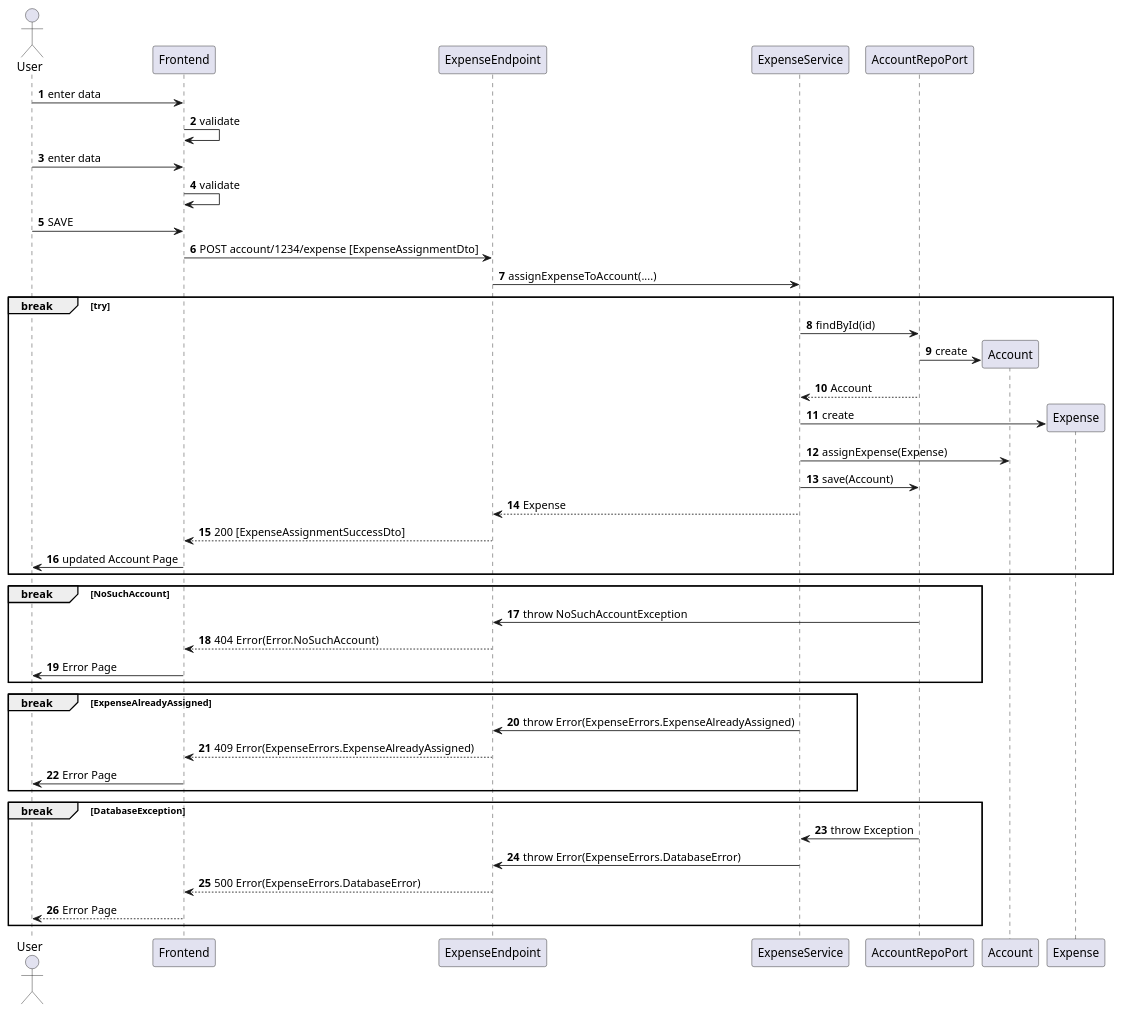
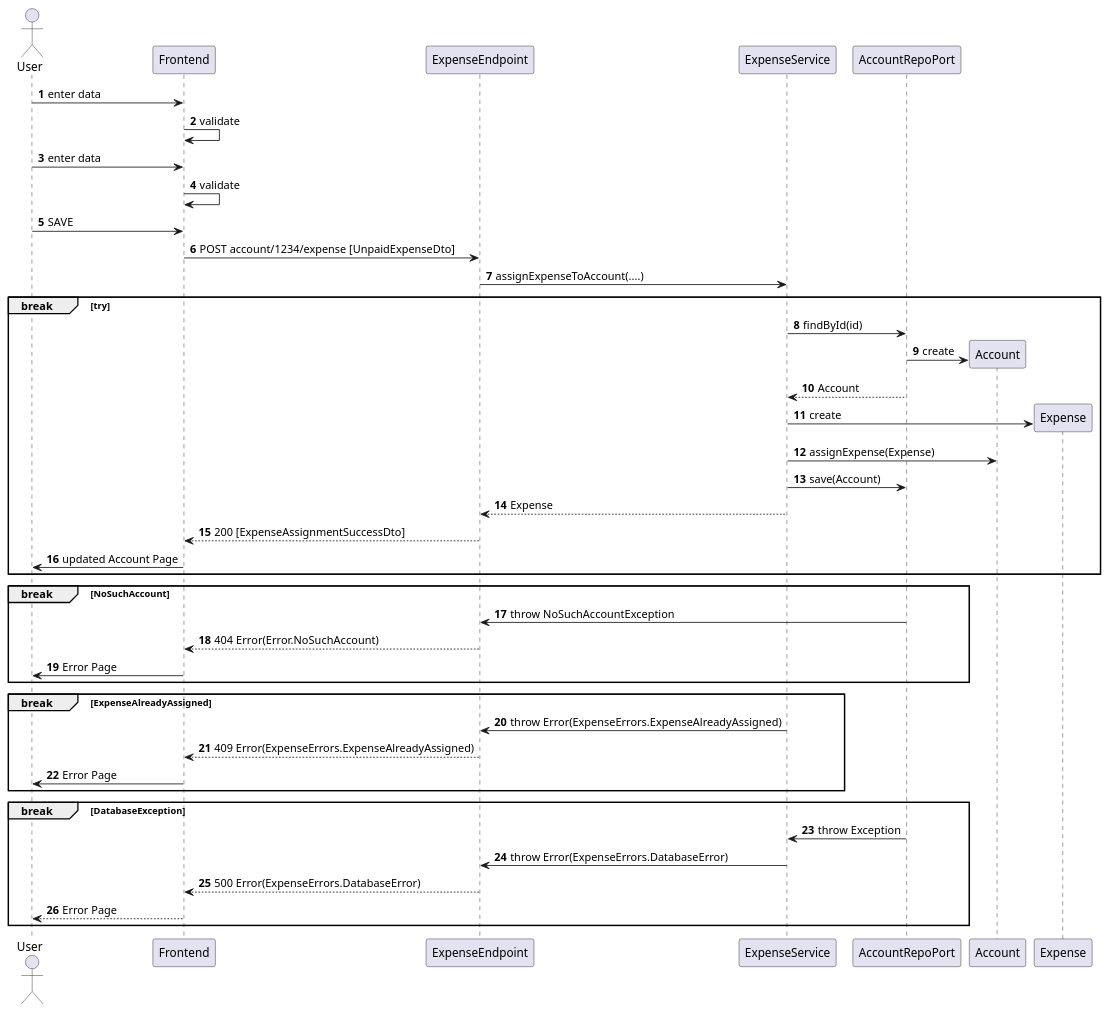
Before and after one commit to onouv/expenses: the diagram in doc/implementation/backend/use-cases/assign-expense/create-expense.seq.puml, drawn with PlantUML. The commit also changed 8 other files, not shown here.

```diff
--- a/doc/implementation/backend/use-cases/assign-expense/create-expense.seq.puml
+++ b/doc/implementation/backend/use-cases/assign-expense/create-expense.seq.puml
@@ -1,40 +1,40 @@
 @startuml
 'https://plantuml.com/sequence-diagram
 actor User
 autonumber
 User -> Frontend: enter data
 Frontend -> Frontend: validate
 User -> Frontend: enter data
 Frontend -> Frontend: validate
 User -> Frontend: SAVE
-Frontend -> ExpenseEndpoint: POST account/1234/expense [ExpenseAssignmentDto]
+Frontend -> ExpenseEndpoint: POST account/1234/expense [UnpaidExpenseDto]
 ExpenseEndpoint -> ExpenseService: assignExpenseToAccount(....)
 break try
 ExpenseService -> AccountRepoPort: findById(id)
 AccountRepoPort -> Account ** : create
 ExpenseService <-- AccountRepoPort: Account
 ExpenseService -> Expense ** : create
 ExpenseService -> Account: assignExpense(Expense)
 ExpenseService -> AccountRepoPort: save(Account)
 ExpenseEndpoint <-- ExpenseService: Expense
 Frontend <-- ExpenseEndpoint: 200 [ExpenseAssignmentSuccessDto]
 User <- Frontend: updated Account Page
 end break
 break NoSuchAccount
 ExpenseEndpoint <- AccountRepoPort: throw NoSuchAccountException
 Frontend <-- ExpenseEndpoint: 404 Error(Error.NoSuchAccount)
 User <- Frontend: Error Page
 end break
 break ExpenseAlreadyAssigned
 ExpenseEndpoint <- ExpenseService: throw Error(ExpenseErrors.ExpenseAlreadyAssigned)
 Frontend <-- ExpenseEndpoint: 409 Error(ExpenseErrors.ExpenseAlreadyAssigned)
 User <- Frontend: Error Page
 end break
 break DatabaseException
 ExpenseService <- AccountRepoPort: throw Exception
 ExpenseEndpoint <- ExpenseService: throw Error(ExpenseErrors.DatabaseError)
 Frontend <-- ExpenseEndpoint: 500 Error(ExpenseErrors.DatabaseError)
 User <-- Frontend: Error Page
 end break
 
 @enduml
```
